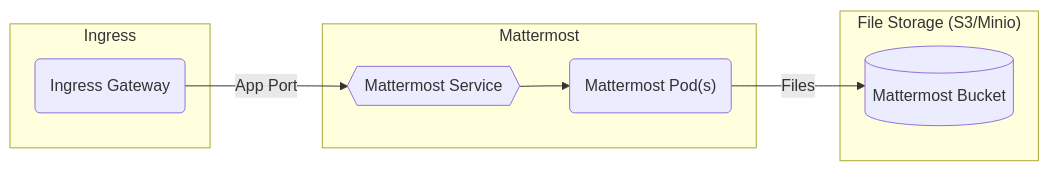
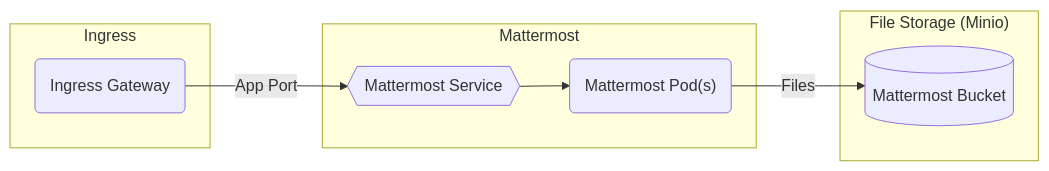
One commit to rjferguson21/big-bang changed the diagram in charter/packages/minio/Architecture.md. Above: the diagram before and after it, drawn with Mermaid.

Commit message:
Removed S3 reference.

````diff
--- a/charter/packages/minio/Architecture.md
+++ b/charter/packages/minio/Architecture.md
@@ -12,15 +12,15 @@
 ```mermaid
 graph LR
   subgraph "Mattermost"
     mattermostpods("Mattermost Pod(s)")
     mmservice{{Mattermost Service}} --> mattermostpods("Mattermost Pod(s)")
   end      
 
   subgraph "Ingress"
     ig(Ingress Gateway) --"App Port"--> mmservice
   end
 
-  subgraph "File Storage (S3/Minio)"
+  subgraph "File Storage (Minio)"
     mattermostpods("Mattermost Pod(s)") --"Files"--> bucket[(Mattermost Bucket)]
   end
 ```
````
